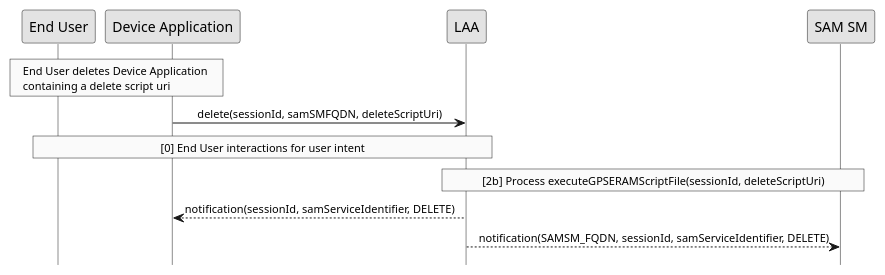
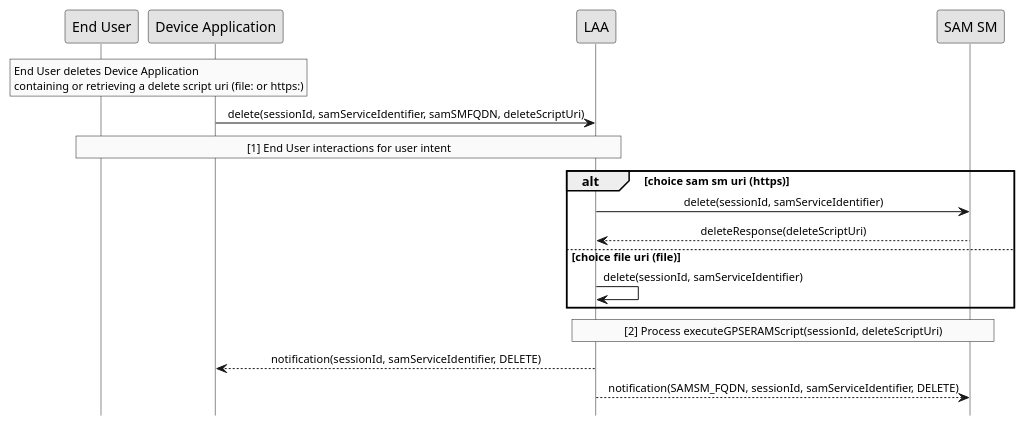
One commit to GlobalPlatform/LAA-SAM_SM-Interface changed the diagram in doc/uml/delete-device-script.pu. Above: the diagram before and after it, drawn with PlantUML. The commit also changed 10 other files, not shown here.

```diff
--- a/doc/uml/delete-device-script.pu
+++ b/doc/uml/delete-device-script.pu
@@ -1,31 +1,38 @@
 @startuml
 
 hide footbox
 skinparam sequenceMessageAlign center
 skinparam sequenceArrowFontSize 11
 skinparam noteFontSize 11
 skinparam monochrome true
 skinparam lifelinestrategy solid
  
 rnote over "End User", "Device Application"
      End User deletes Device Application 
-     containing a delete script uri
+     containing or retrieving a delete script uri (file: or https:)
 end rnote
 
-"Device Application" -> LAA : delete(sessionId, samSMFQDN, deleteScriptUri)
+"Device Application" -> LAA : delete(sessionId, samServiceIdentifier, samSMFQDN, deleteScriptUri)
+
 
 rnote over "LAA", "End User"
-     [0] End User interactions for user intent
+     [1] End User interactions for user intent
 end rnote
 
+alt choice sam sm uri (https)
+"LAA" -> "SAM SM" : delete(sessionId, samServiceIdentifier)
+"SAM SM" --> LAA : deleteResponse(deleteScriptUri)
+else choice file uri (file)
+"LAA" -> "LAA" : delete(sessionId, samServiceIdentifier)
+end
 
 rnote over "LAA", "SAM SM"
-     [2b] Process executeGPSERAMScriptFile(sessionId, deleteScriptUri)
+     [2] Process executeGPSERAMScript(sessionId, deleteScriptUri)
 end rnote
 
 
  
 LAA --> "Device Application" : notification(sessionId, samServiceIdentifier, DELETE)
  
 LAA --> "SAM SM" : notification(SAMSM_FQDN, sessionId, samServiceIdentifier, DELETE)
 @enduml
```
